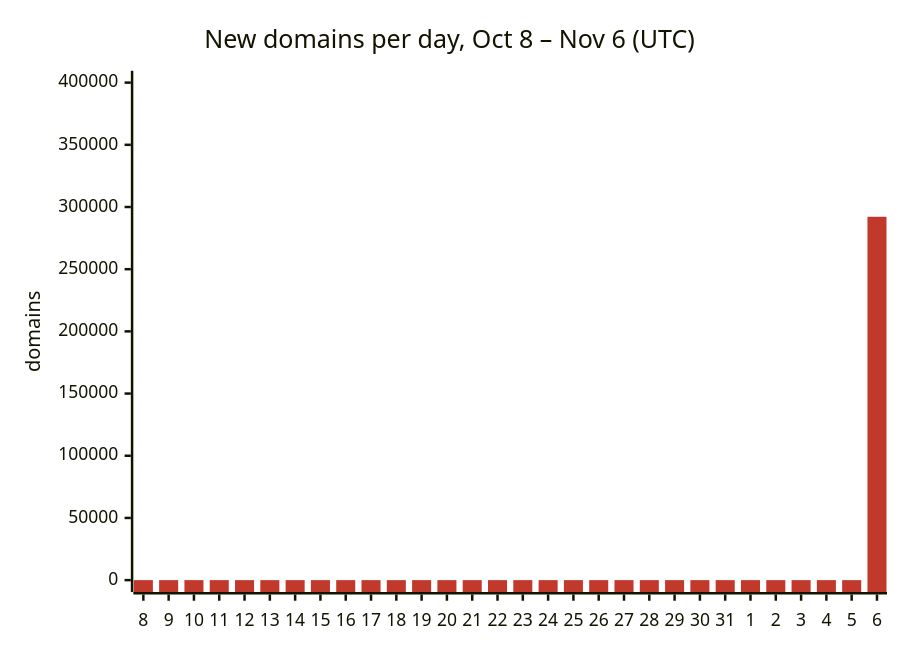
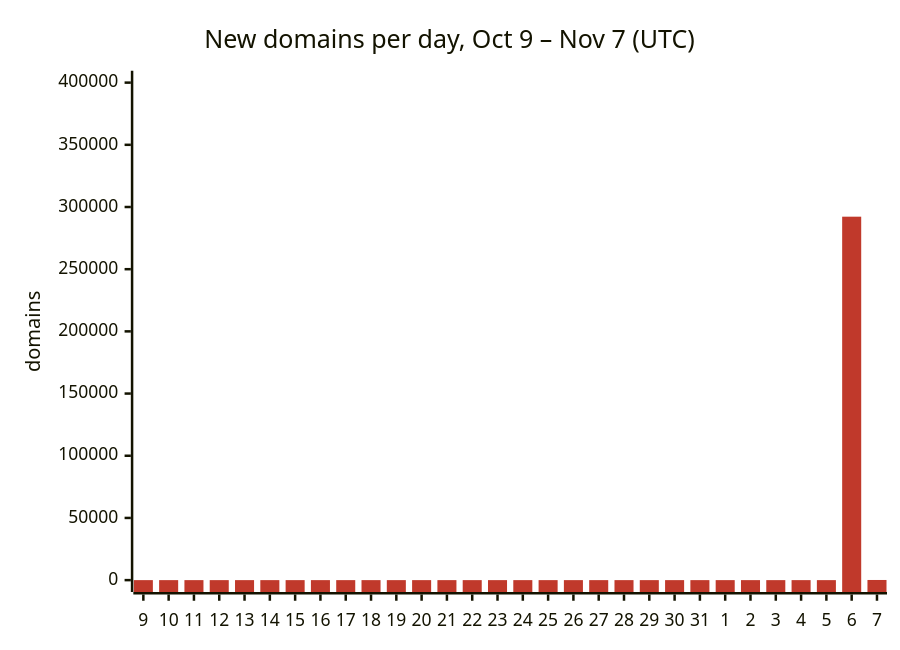
Before and after one commit to DNSBunker/CTI: the first of 3 diagrams in README.md, drawn with Mermaid. The commit also changed other lines of this file and 3 other files, not shown here.

First line of the commit message:
Update 2026-11-07 00:06 UTC: 272139 domains

````diff
--- a/README.md
+++ b/README.md
@@ -29,8 +29,8 @@
 ```mermaid
 %%{init: {"themeVariables": {"xyChart": {"plotColorPalette": "#c0392b"}}}}%%
 xychart-beta
-    title "New domains per day, Oct 8 – Nov 6 (UTC)"
-    x-axis ["8", "9", "10", "11", "12", "13", "14", "15", "16", "17", "18", "19", "20", "21", "22", "23", "24", "25", "26", "27", "28", "29", "30", "31", "1", "2", "3", "4", "5", "6"]
+    title "New domains per day, Oct 9 – Nov 7 (UTC)"
+    x-axis ["9", "10", "11", "12", "13", "14", "15", "16", "17", "18", "19", "20", "21", "22", "23", "24", "25", "26", "27", "28", "29", "30", "31", "1", "2", "3", "4", "5", "6", "7"]
     y-axis "domains" 0 --> 400000
-    bar [0, 0, 0, 0, 0, 0, 0, 0, 0, 0, 0, 0, 0, 0, 0, 0, 0, 0, 0, 0, 0, 0, 0, 0, 0, 0, 0, 0, 0, 292130]
+    bar [0, 0, 0, 0, 0, 0, 0, 0, 0, 0, 0, 0, 0, 0, 0, 0, 0, 0, 0, 0, 0, 0, 0, 0, 0, 0, 0, 0, 292213, 115]
 ```
````
